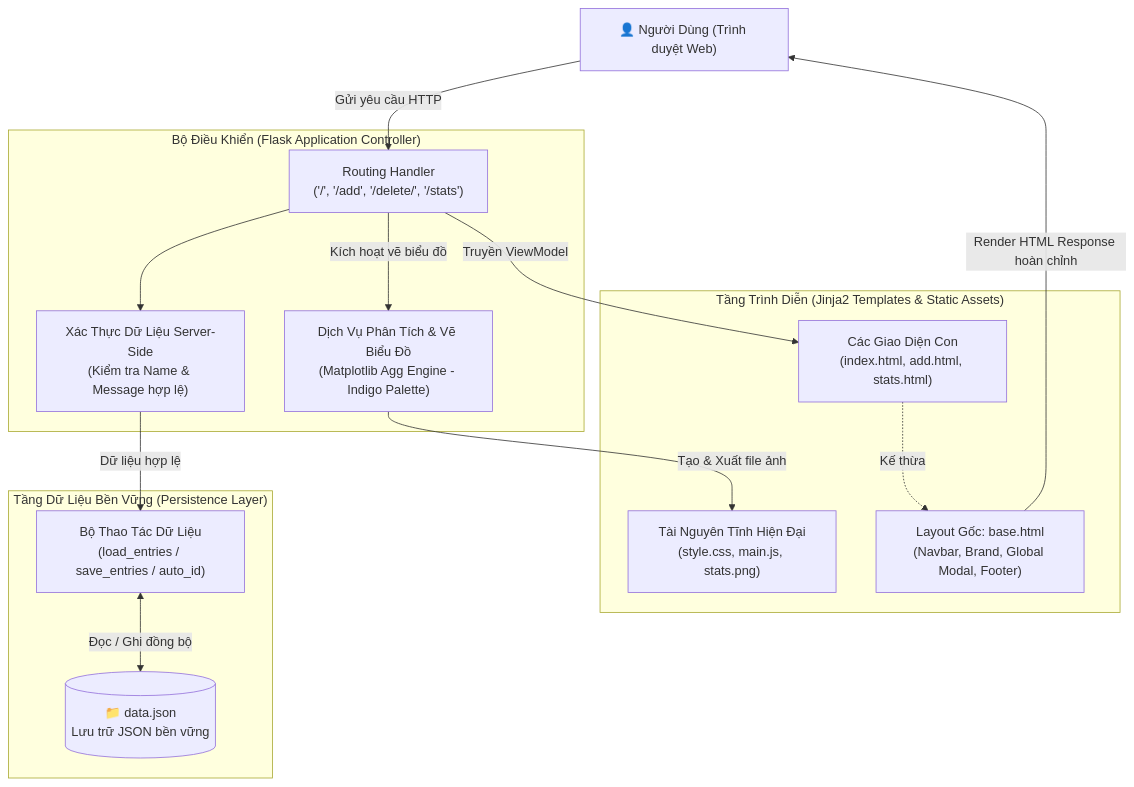
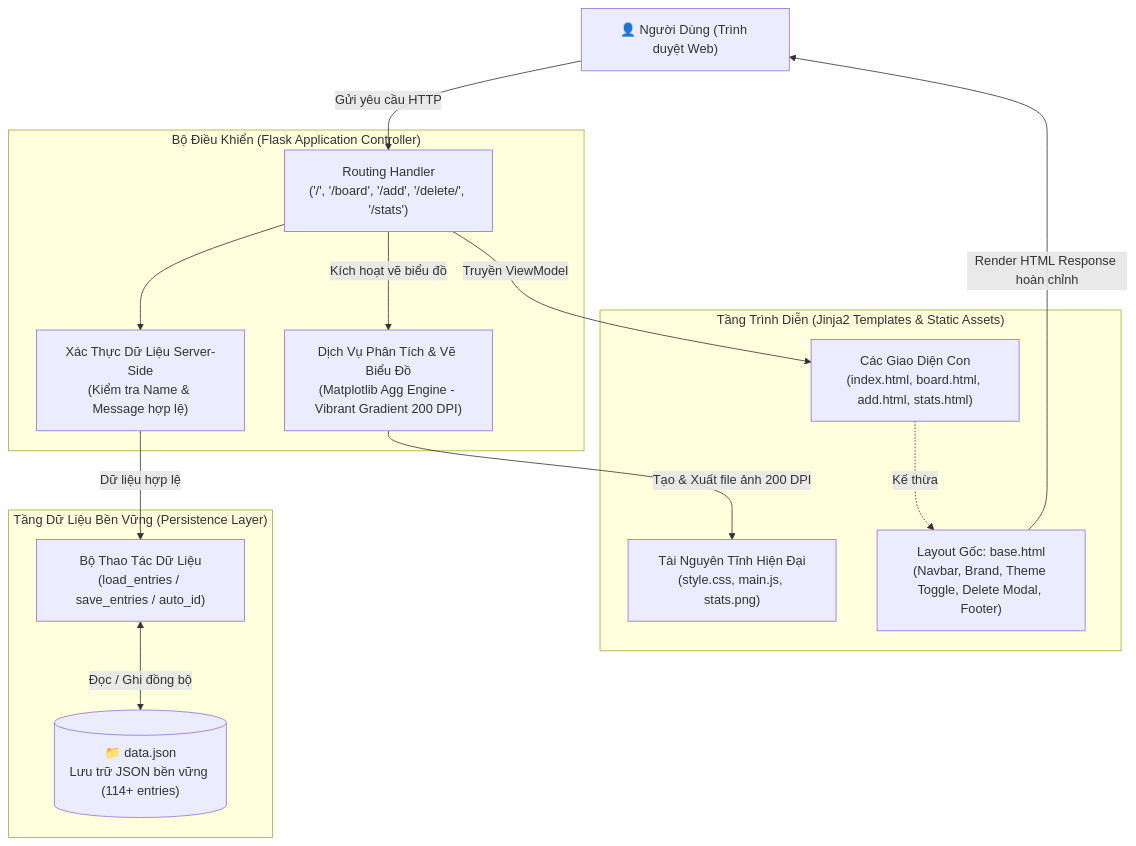
Before and after one commit to KemCheese/Project_python_web: the first of 6 diagrams in vibe_code/docs/ARCHITECTURE.md, drawn with Mermaid. The commit also changed other lines of this file and 15 other files, not shown here.

````diff
--- a/vibe_code/docs/ARCHITECTURE.md
+++ b/vibe_code/docs/ARCHITECTURE.md
@@ -9,31 +9,31 @@
 ```mermaid
 graph TD
     User["👤 Người Dùng (Trình duyệt Web)"]
     
     subgraph Controller_Flask["Bộ Điều Khiển (Flask Application Controller)"]
-        Routes["Routing Handler<br/>('/', '/add', '/delete/<id>', '/stats')"]
+        Routes["Routing Handler<br/>('/', '/board', '/add', '/delete/<id>', '/stats')"]
         Validation["Xác Thực Dữ Liệu Server-Side<br/>(Kiểm tra Name & Message hợp lệ)"]
-        MatplotlibService["Dịch Vụ Phân Tích & Vẽ Biểu Đồ<br/>(Matplotlib Agg Engine - Indigo Palette)"]
+        MatplotlibService["Dịch Vụ Phân Tích & Vẽ Biểu Đồ<br/>(Matplotlib Agg Engine - Vibrant Gradient 200 DPI)"]
     end
     
     subgraph Model_Persistence["Tầng Dữ Liệu Bền Vững (Persistence Layer)"]
-        DataJSON[("📁 data.json<br/>Lưu trữ JSON bền vững")]
+        DataJSON[("📁 data.json<br/>Lưu trữ JSON bền vững (114+ entries)")]
         StorageOps["Bộ Thao Tác Dữ Liệu<br/>(load_entries / save_entries / auto_id)"]
     end
 
     subgraph View_Jinja2["Tầng Trình Diễn (Jinja2 Templates & Static Assets)"]
-        BaseLayout["Layout Gốc: base.html<br/>(Navbar, Brand, Global Modal, Footer)"]
-        Templates["Các Giao Diện Con<br/>(index.html, add.html, stats.html)"]
+        BaseLayout["Layout Gốc: base.html<br/>(Navbar, Brand, Theme Toggle, Delete Modal, Footer)"]
+        Templates["Các Giao Diện Con<br/>(index.html, board.html, add.html, stats.html)"]
         StaticAssets["Tài Nguyên Tĩnh Hiện Đại<br/>(style.css, main.js, stats.png)"]
     end
 
     User -->|Gửi yêu cầu HTTP| Routes
     Routes --> Validation
     Validation -->|Dữ liệu hợp lệ| StorageOps
     StorageOps <-->|Đọc / Ghi đồng bộ| DataJSON
     Routes -->|Kích hoạt vẽ biểu đồ| MatplotlibService
-    MatplotlibService -->|Tạo & Xuất file ảnh| StaticAssets
+    MatplotlibService -->|Tạo & Xuất file ảnh 200 DPI| StaticAssets
     Routes -->|Truyền ViewModel| Templates
     Templates -.->|Kế thừa| BaseLayout
     BaseLayout -->|Render HTML Response hoàn chỉnh| User
 ```
````
